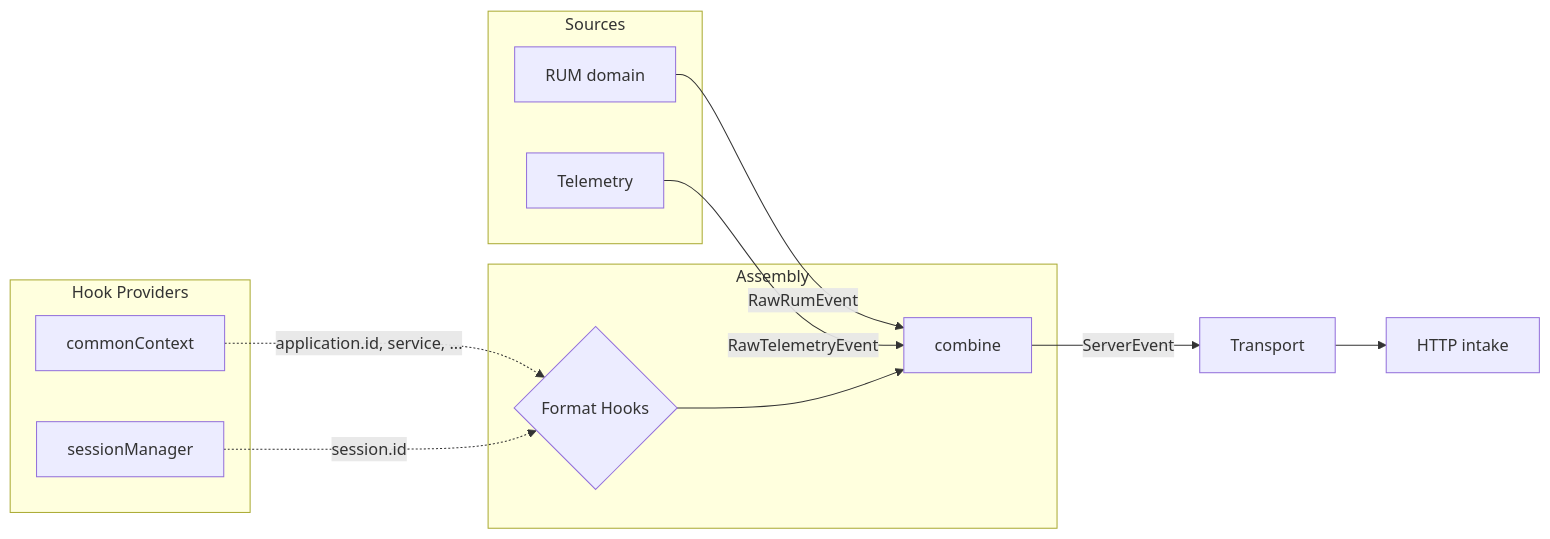
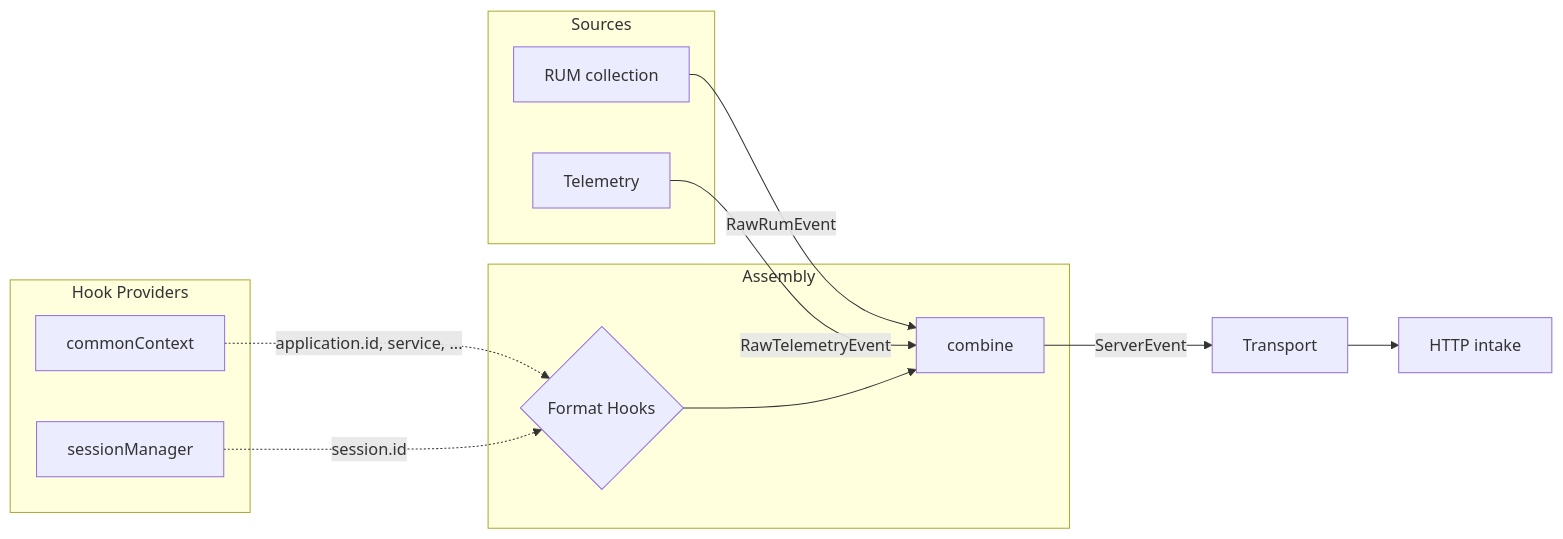
One commit to DataDog/electron-sdk changed the diagram in docs/ARCHITECTURE.md. Above: the diagram before and after it, drawn with Mermaid. The commit also changed other lines of this file and 3 other files, not shown here.

````diff
--- a/docs/ARCHITECTURE.md
+++ b/docs/ARCHITECTURE.md
@@ -7,25 +7,25 @@
 ```mermaid
 flowchart LR
     subgraph Sources
-        RUM[RUM domain]
+        RUM[RUM collection]
         TEL[Telemetry]
     end
 
     subgraph Assembly
         HOOKS{Format Hooks}
         COMBINE[combine]
     end
 
     subgraph "Hook Providers"
         CC[commonContext]
         SM[sessionManager]
     end
 
     RUM -- RawRumEvent --> COMBINE
     TEL -- RawTelemetryEvent --> COMBINE
     CC -. "application.id, service, ..." .-> HOOKS
     SM -. "session.id" .-> HOOKS
     HOOKS --> COMBINE
     COMBINE -- ServerEvent --> TRP[Transport]
     TRP --> INT[HTTP intake]
 ```
````
